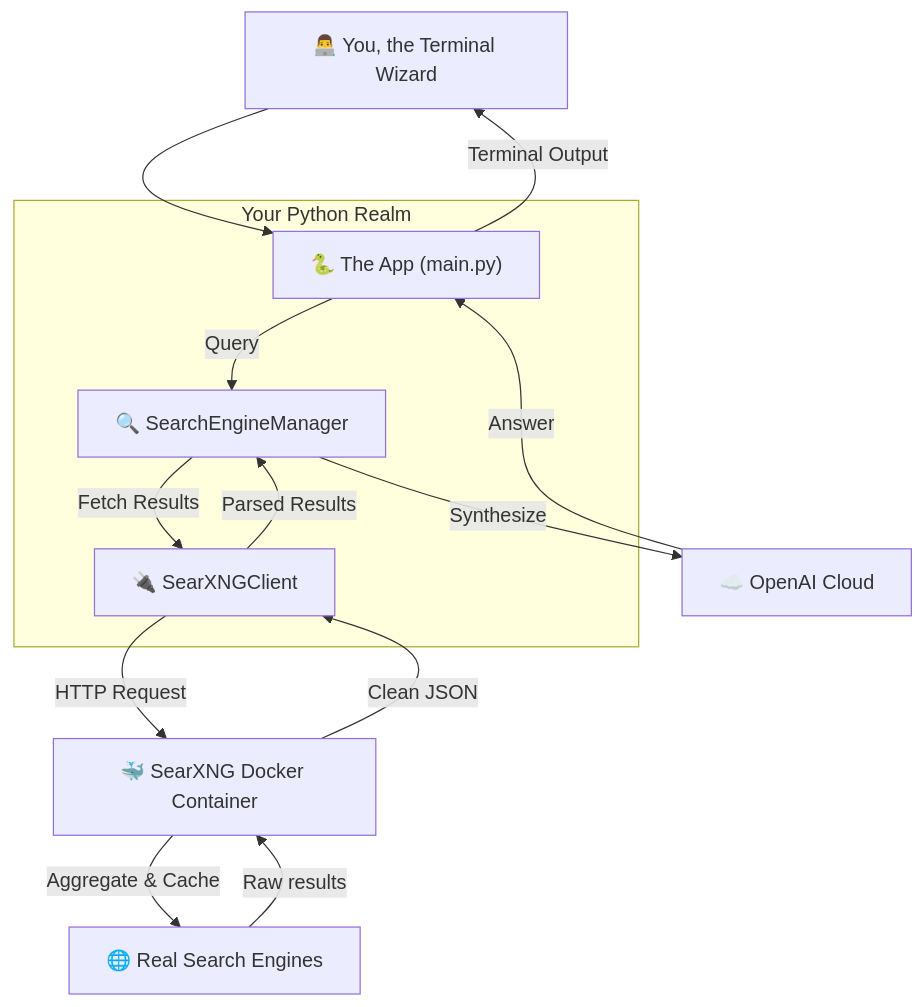
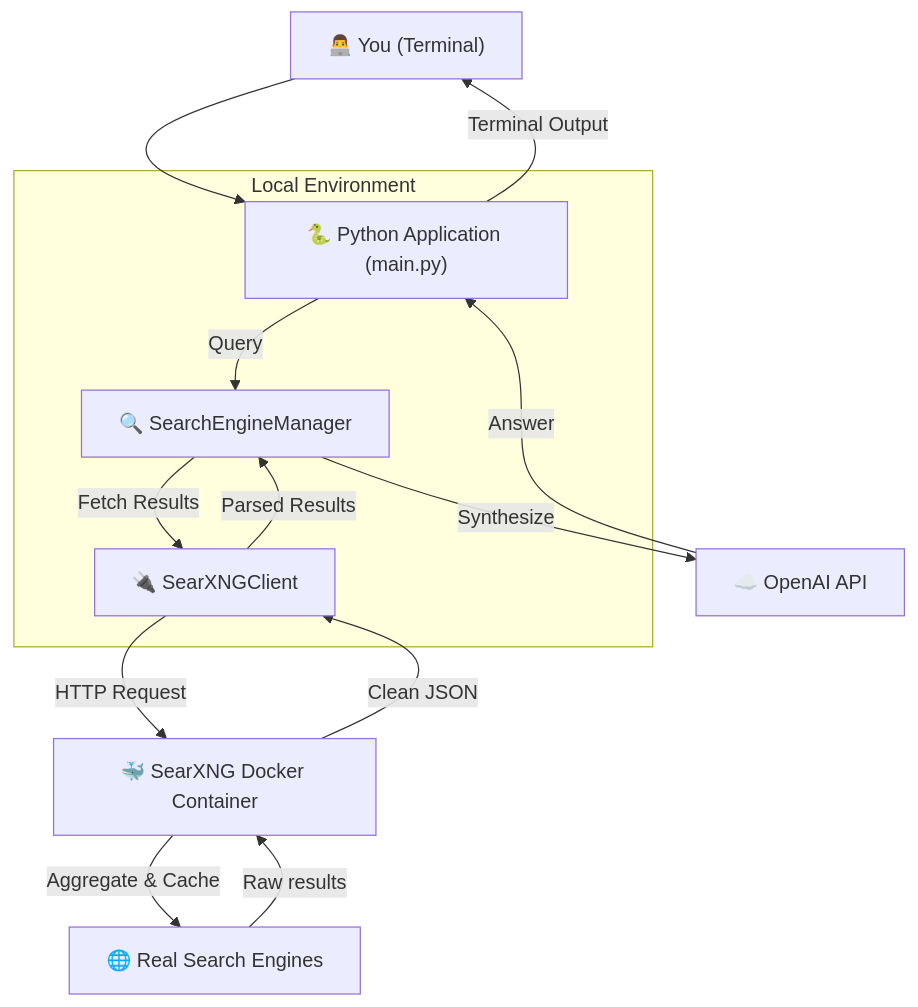
The diagram in README.md (mshojaei77/cortex-search-engine), drawn with Mermaid before and after one commit. The commit also changed other lines of this file, not shown here.

````diff
--- a/README.md
+++ b/README.md
@@ -94,16 +19,16 @@
 ```mermaid
 graph TD
-    User["👨‍💻 You, the Terminal Wizard"] --> PythonApp["🐍 The App (main.py)"]
-    subgraph "Your Python Realm"
+    User["👨‍💻 You (Terminal)"] --> PythonApp["🐍 Python Application (main.py)"]
+    subgraph "Local Environment"
         PythonApp -- "Query" --> SearchManager["🔍 SearchEngineManager"]
         SearchManager -- "Fetch Results" --> SearXNG_Client["🔌 SearXNGClient"]
     end
     SearXNG_Client -- "HTTP Request" --> SearXNG_Service["🐳 SearXNG Docker Container"]
     SearXNG_Service -- "Aggregate & Cache" --> Internet["🌐 Real Search Engines"]
     Internet -- "Raw results" --> SearXNG_Service
     SearXNG_Service -- "Clean JSON" --> SearXNG_Client
     SearXNG_Client -- "Parsed Results" --> SearchManager
-    SearchManager -- "Synthesize" --> OpenAI_API["☁️ OpenAI Cloud"]
+    SearchManager -- "Synthesize" --> OpenAI_API["☁️ OpenAI API"]
     OpenAI_API -- "Answer" --> PythonApp
     PythonApp -- "Terminal Output" --> User
 ```
````
